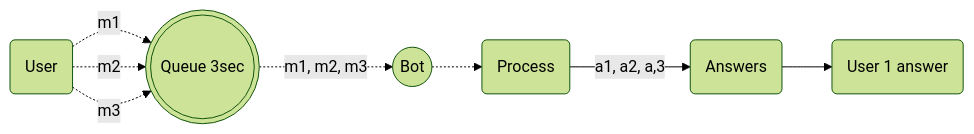
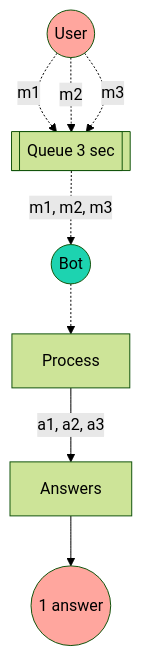
Before and after one commit to codigoencasa/documentation: the diagram in src/pages/en/showcases/fast-entires.mdx, drawn with Mermaid (forest theme). The commit also changed 51 other files, not shown here.

````diff
--- a/src/pages/en/showcases/fast-entires.mdx
+++ b/src/pages/en/showcases/fast-entires.mdx
@@ -20,6 +20,13 @@
 ```mermaid
-flowchart LR
-    n(User) -.m1.-> Q(((Queue 3sec))) -.m1, m2, m3.-> B((Bot)) -.-> p(Process) --a1, a2, a,3--> a(Answers) --> u(User 1 answer)
-    n(User) -.m2.-> Q
-    n(User) -.m3.-> Q
+flowchart TB
+    n((User)) -. m1 .-> Q[[Queue 3 sec]]
+    n -. m2 .-> Q
+    n -. m3 .-> Q
+    Q -. "m1, m2, m3" .-> B((Bot))
+    B -.-> p[Process]
+    p -- "a1, a2, a3" --> a[Answers]
+    a --> u((1 answer))
+    style n fill:#ffa69e
+    style u fill:#ffa69e
+    style B fill:#1dd3b0
 ```
````
